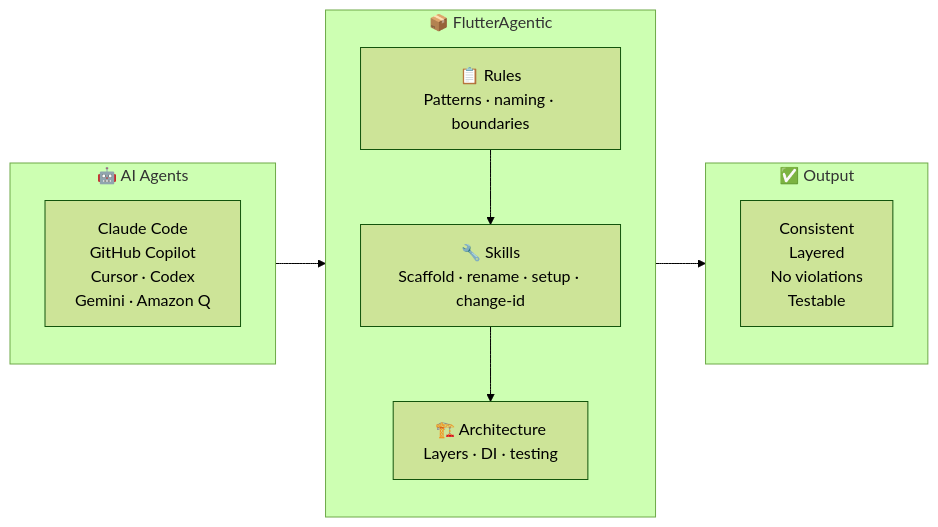
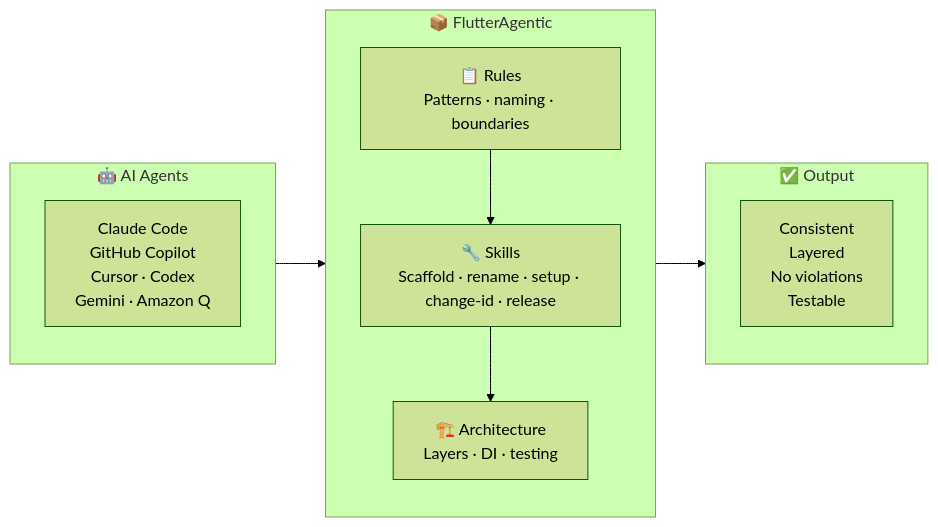
The first of 2 diagrams in README.md (abhinav503/flutter-agentic), drawn with Mermaid (forest theme) before and after one commit. The commit also changed other lines of this file, not shown here.

Commit message:
docs: update README with release skill, correct roadmap checkboxes

````diff
--- a/README.md
+++ b/README.md
@@ -24,20 +24,20 @@
 ```mermaid
 flowchart LR
     subgraph Agents["🤖 AI Agents"]
         A["Claude Code\nGitHub Copilot\nCursor · Codex\nGemini · Amazon Q"]
     end
 
     subgraph FA["📦 FlutterAgentic"]
         direction TB
         R["📋 Rules\nPatterns · naming · boundaries"]
-        SK["🔧 Skills\nScaffold · rename · setup · change-id"]
+        SK["🔧 Skills\nScaffold · rename · setup · change-id · release"]
         AR["🏗️ Architecture\nLayers · DI · testing"]
         R --> SK --> AR
     end
 
     subgraph OUT["✅ Output"]
         O["Consistent\nLayered\nNo violations\nTestable"]
     end
 
     Agents --> FA --> OUT
 ```
````
